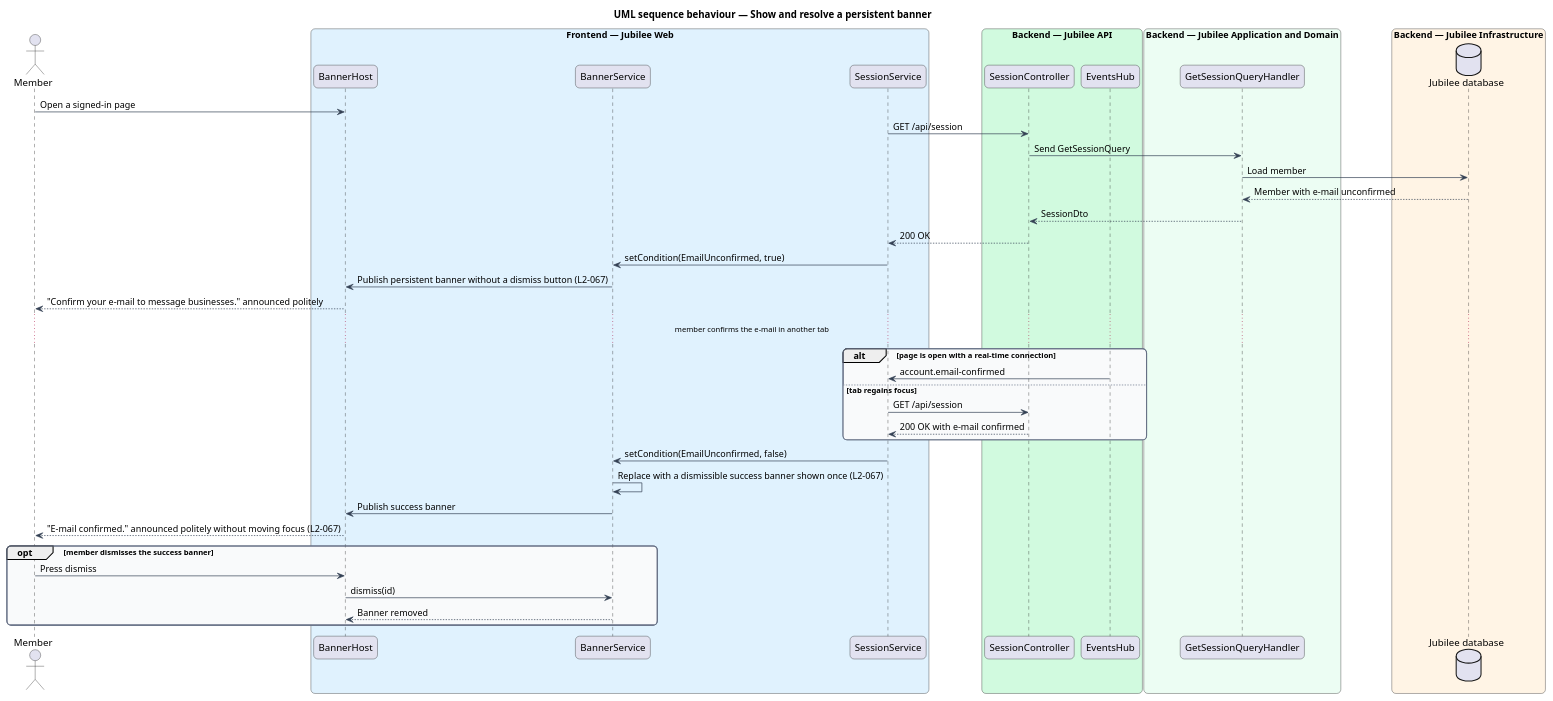
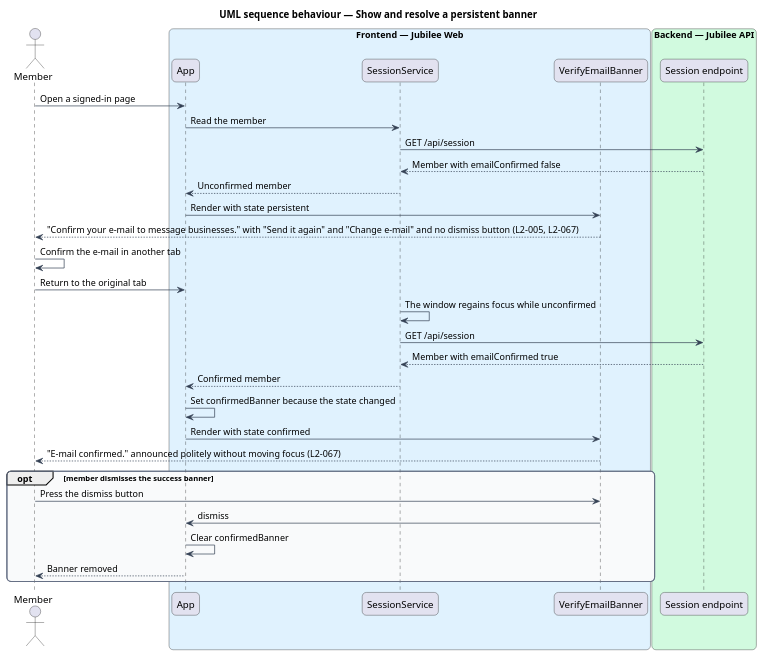
One commit to QuinntyneBrown/jubilee changed the diagram in docs/detailed-designs/notifications/show-toasts-and-banners/diagrams/sequence-resolve-persistent-banner.puml. Above: the diagram before and after it, drawn with PlantUML. The commit also changed 81 other files, not shown here.

```diff
--- a/docs/detailed-designs/notifications/show-toasts-and-banners/diagrams/sequence-resolve-persistent-banner.puml
+++ b/docs/detailed-designs/notifications/show-toasts-and-banners/diagrams/sequence-resolve-persistent-banner.puml
@@ -1,59 +1,48 @@
 @startuml
 title UML sequence behaviour — Show and resolve a persistent banner
 skinparam backgroundColor #FFFFFF
 skinparam shadowing false
 skinparam roundcorner 12
 skinparam defaultFontName Arial
 skinparam ArrowColor #344054
 skinparam rectangle {
   BorderColor #344054
   FontColor #101828
 }
 skinparam package {
   BorderColor #667085
   FontColor #101828
   BackgroundColor #F9FAFB
 }
 actor "Member" as member
 box "Frontend — Jubilee Web" #E0F2FE
-  participant "BannerHost" as host
-  participant "BannerService" as svc
+  participant "App" as app
   participant "SessionService" as session
+  participant "VerifyEmailBanner" as banner
 end box
 box "Backend — Jubilee API" #D1FADF
-  participant "SessionController" as controller
-  participant "EventsHub" as hub
+  participant "Session endpoint" as api
 end box
-box "Backend — Jubilee Application and Domain" #ECFDF3
-  participant "GetSessionQueryHandler" as handler
-end box
-box "Backend — Jubilee Infrastructure" #FFF4E5
-  database "Jubilee database" as db
-end box
-member -> host : Open a signed-in page
-session -> controller : GET /api/session
-controller -> handler : Send GetSessionQuery
-handler -> db : Load member
-db --> handler : Member with e-mail unconfirmed
-handler --> controller : SessionDto
-controller --> session : 200 OK
-session -> svc : setCondition(EmailUnconfirmed, true)
-svc -> host : Publish persistent banner without a dismiss button (L2-067)
-host --> member : "Confirm your e-mail to message businesses." announced politely
-... member confirms the e-mail in another tab ...
-alt page is open with a real-time connection
-  hub -> session : account.email-confirmed
-else tab regains focus
-  session -> controller : GET /api/session
-  controller --> session : 200 OK with e-mail confirmed
-end
-session -> svc : setCondition(EmailUnconfirmed, false)
-svc -> svc : Replace with a dismissible success banner shown once (L2-067)
-svc -> host : Publish success banner
-host --> member : "E-mail confirmed." announced politely without moving focus (L2-067)
+member -> app : Open a signed-in page
+app -> session : Read the member
+session -> api : GET /api/session
+api --> session : Member with emailConfirmed false
+session --> app : Unconfirmed member
+app -> banner : Render with state persistent
+banner --> member : "Confirm your e-mail to message businesses." with "Send it again" and "Change e-mail" and no dismiss button (L2-005, L2-067)
+member -> member : Confirm the e-mail in another tab
+member -> app : Return to the original tab
+session -> session : The window regains focus while unconfirmed
+session -> api : GET /api/session
+api --> session : Member with emailConfirmed true
+session --> app : Confirmed member
+app -> app : Set confirmedBanner because the state changed
+app -> banner : Render with state confirmed
+banner --> member : "E-mail confirmed." announced politely without moving focus (L2-067)
 opt member dismisses the success banner
-  member -> host : Press dismiss
-  host -> svc : dismiss(id)
-  svc --> host : Banner removed
+  member -> banner : Press the dismiss button
+  banner -> app : dismiss
+  app -> app : Clear confirmedBanner
+  app --> member : Banner removed
 end
 @enduml
```
